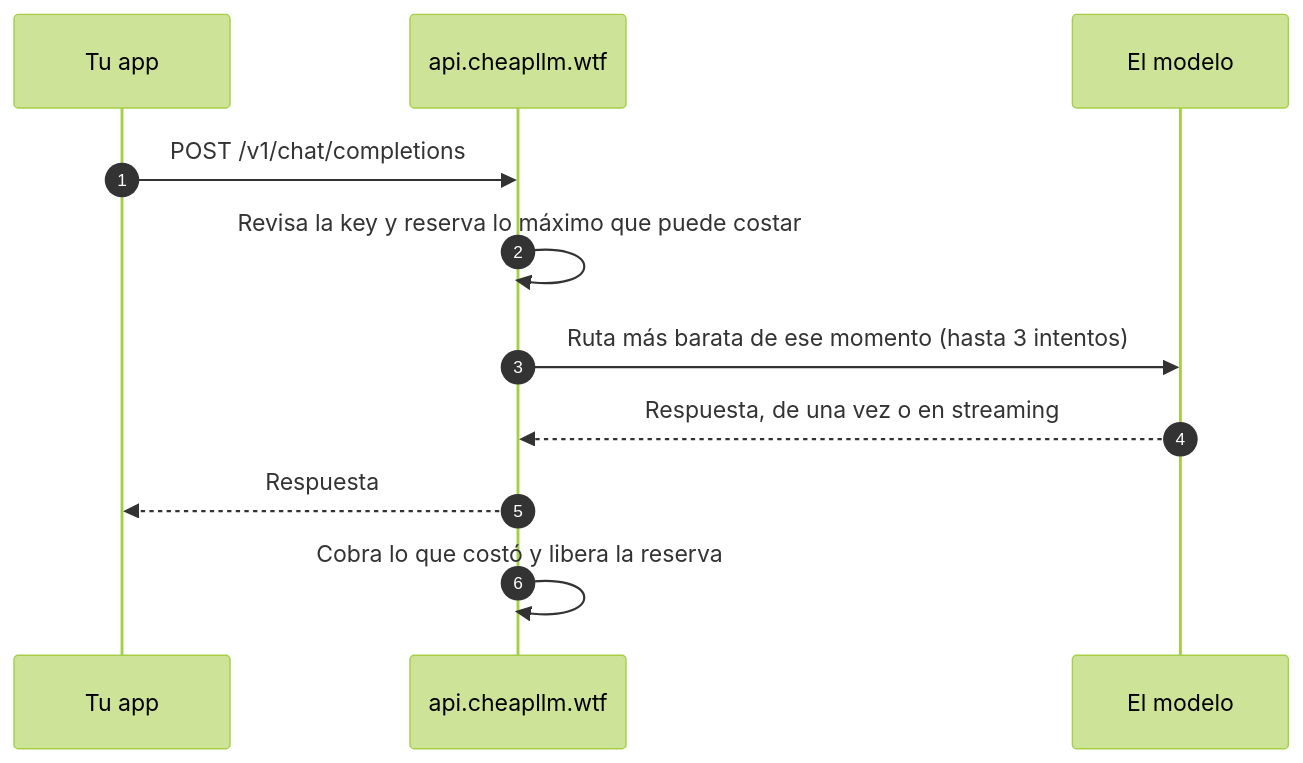
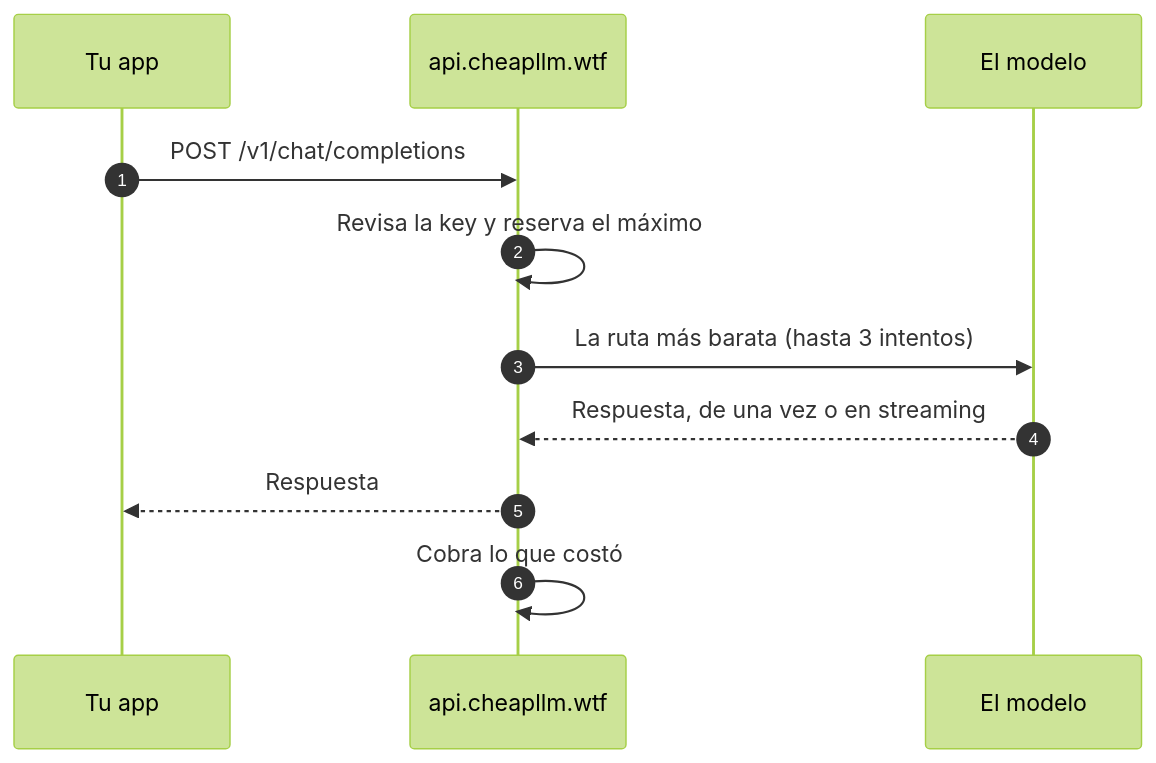
The diagram in README.md (0xPasho/cheaptokens.wtf), drawn with Mermaid (forest theme) before and after one commit. The commit also changed other lines of this file, not shown here.

Commit message:
docs: shorten the diagram labels and name the docs table columns

````diff
--- a/README.md
+++ b/README.md
@@ -82,13 +82,13 @@
 ```mermaid
 sequenceDiagram
     autonumber
     participant App as Tu app
     participant GW as api.cheapllm.wtf
     participant M as El modelo
     App->>GW: POST /v1/chat/completions
-    GW->>GW: Revisa la key y reserva lo máximo que puede costar
-    GW->>M: Ruta más barata de ese momento (hasta 3 intentos)
+    GW->>GW: Revisa la key y reserva el máximo
+    GW->>M: La ruta más barata (hasta 3 intentos)
     M-->>GW: Respuesta, de una vez o en streaming
     GW-->>App: Respuesta
-    GW->>GW: Cobra lo que costó y libera la reserva
+    GW->>GW: Cobra lo que costó
 ```
````
